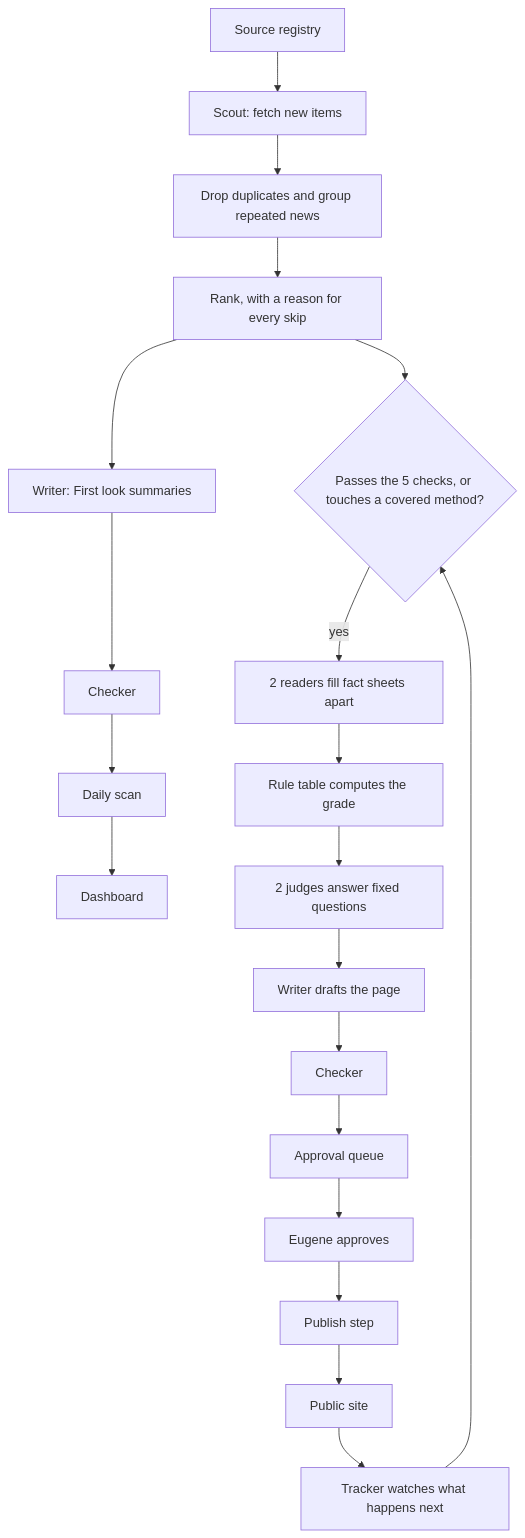
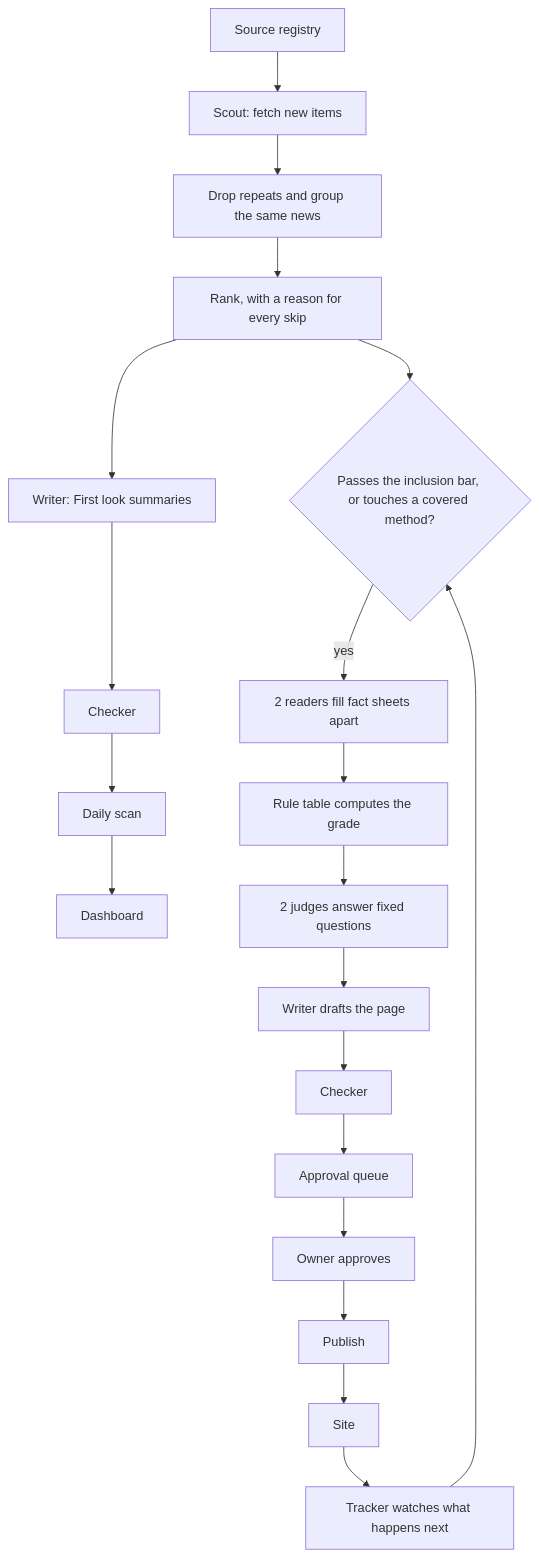
The first of 2 diagrams in docs/high-level-design.md (euglopi/AIScaleDev), drawn with Mermaid before and after one commit. The commit also changed other lines of this file and 7 other files, not shown here.

````diff
--- a/docs/high-level-design.md
+++ b/docs/high-level-design.md
@@ -291,22 +144,22 @@
 ```mermaid
 flowchart TD
     reg[Source registry] --> scout["Scout: fetch new items"]
-    scout --> dedupe[Drop duplicates and group repeated news]
+    scout --> dedupe[Drop repeats and group the same news]
     dedupe --> rank["Rank, with a reason for every skip"]
     rank --> first["Writer: First look summaries"]
     first --> check1[Checker]
     check1 --> scan[Daily scan]
     scan --> dash[Dashboard]
-    rank --> cand{"Passes the 5 checks, or touches a covered method?"}
+    rank --> cand{"Passes the inclusion bar, or touches a covered method?"}
     cand -->|yes| read[2 readers fill fact sheets apart]
     read --> rule[Rule table computes the grade]
     rule --> judge[2 judges answer fixed questions]
     judge --> write[Writer drafts the page]
     write --> check2[Checker]
     check2 --> queue[Approval queue]
-    queue --> approve[Eugene approves]
-    approve --> publish[Publish step]
-    publish --> site[Public site]
+    queue --> approve[Owner approves]
+    approve --> publish[Publish]
+    publish --> site[Site]
     site --> track[Tracker watches what happens next]
     track --> cand
 ```
````
